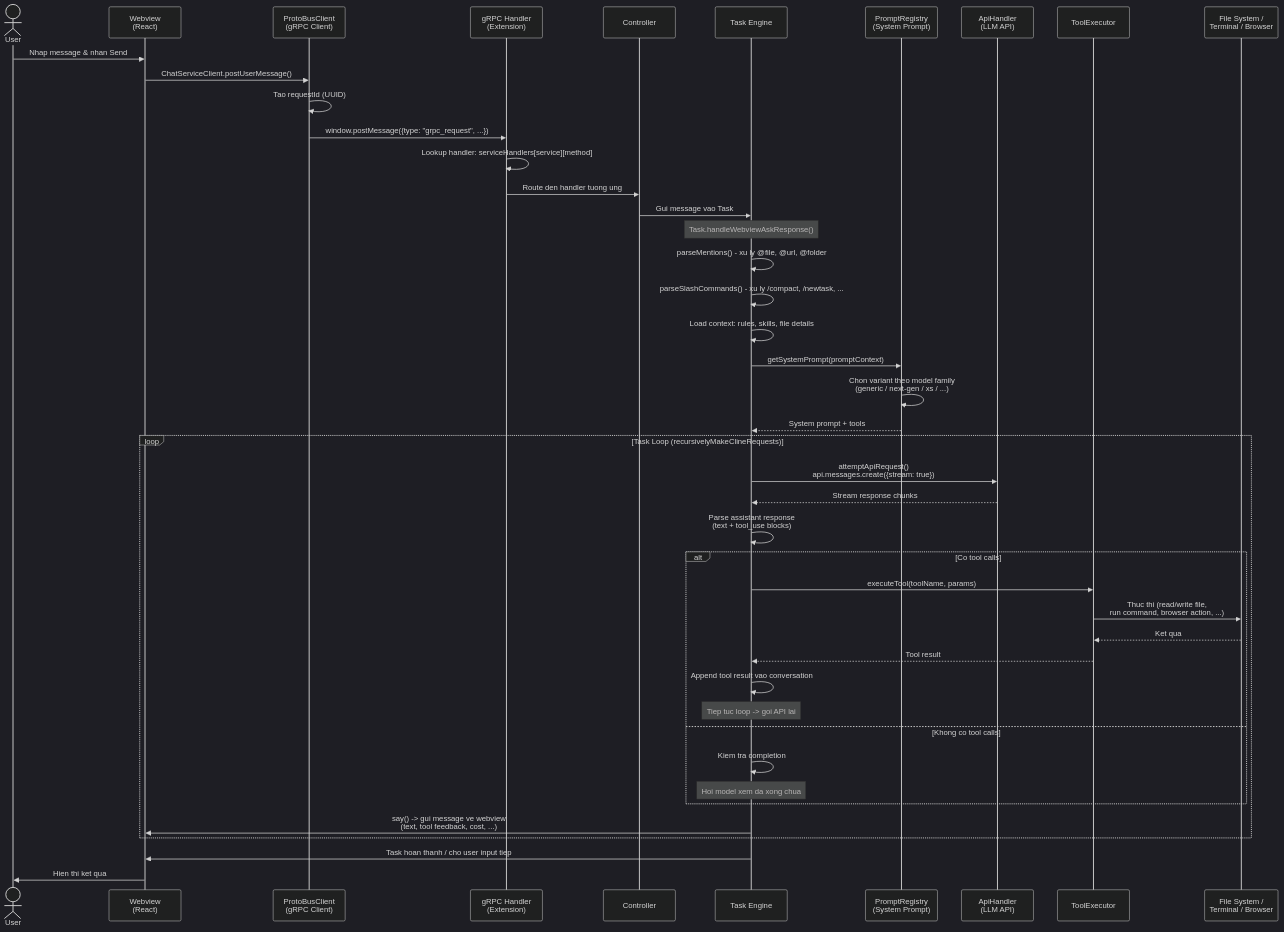
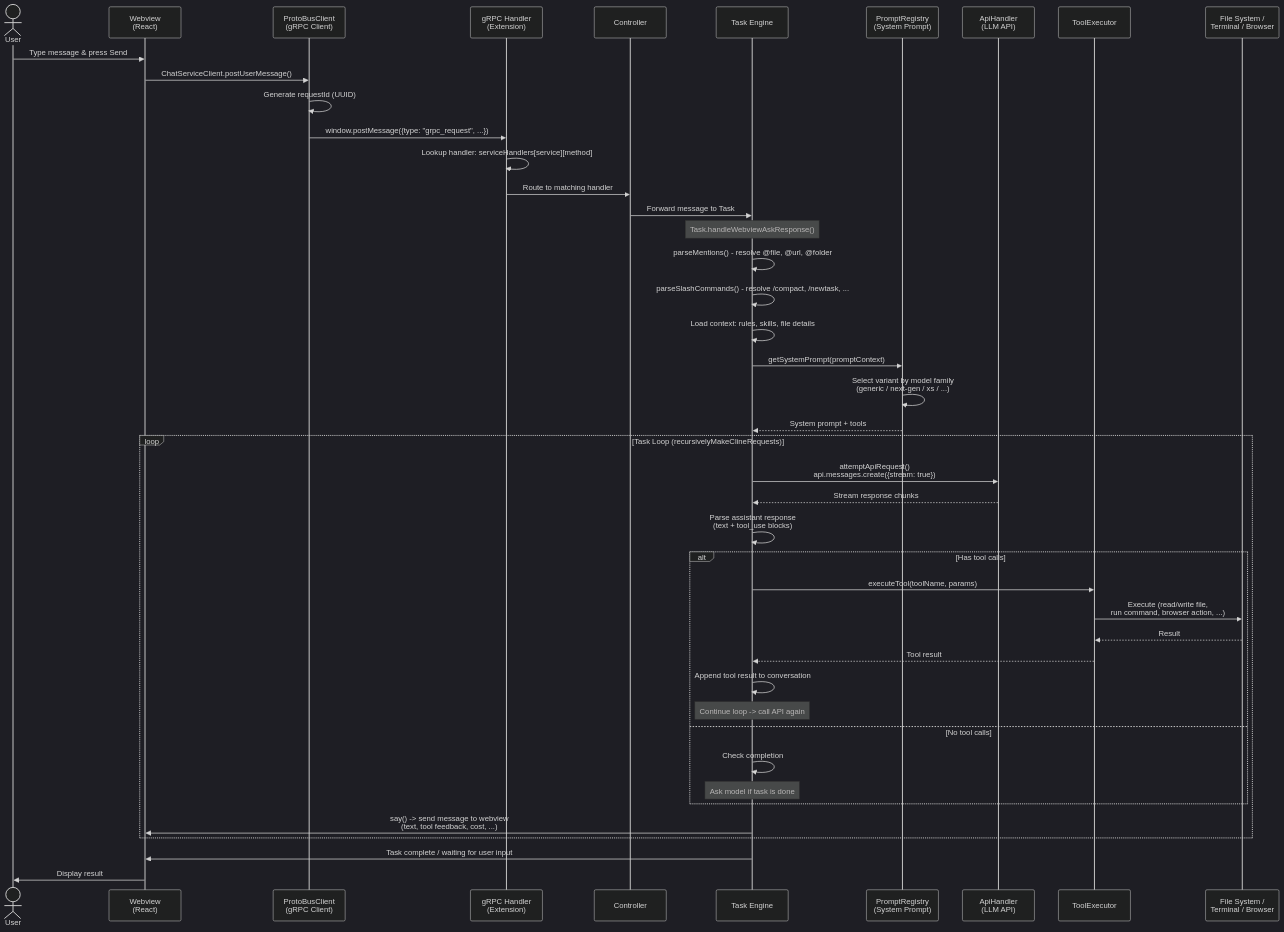
Before and after one commit to TungND2k2/Milo-ai: the second of 6 diagrams in README.md, drawn with Mermaid (dark theme). The commit also changed other lines of this file and 1 other file, not shown here.

````diff
--- a/README.md
+++ b/README.md
@@ -99,56 +99,56 @@
 ```mermaid
 sequenceDiagram
     actor User
     participant WV as Webview<br/>(React)
     participant PB as ProtoBusClient<br/>(gRPC Client)
     participant GH as gRPC Handler<br/>(Extension)
     participant CTRL as Controller
     participant TASK as Task Engine
     participant SP as PromptRegistry<br/>(System Prompt)
     participant API as ApiHandler<br/>(LLM API)
     participant TE as ToolExecutor
     participant FS as File System /<br/>Terminal / Browser
 
-    User->>WV: Nhap message & nhan Send
+    User->>WV: Type message & press Send
     WV->>PB: ChatServiceClient.postUserMessage()
-    PB->>PB: Tao requestId (UUID)
+    PB->>PB: Generate requestId (UUID)
     PB->>GH: window.postMessage({type: "grpc_request", ...})
 
     GH->>GH: Lookup handler: serviceHandlers[service][method]
-    GH->>CTRL: Route den handler tuong ung
-    CTRL->>TASK: Gui message vao Task
+    GH->>CTRL: Route to matching handler
+    CTRL->>TASK: Forward message to Task
 
     Note over TASK: Task.handleWebviewAskResponse()
 
-    TASK->>TASK: parseMentions() - xu ly @file, @url, @folder
-    TASK->>TASK: parseSlashCommands() - xu ly /compact, /newtask, ...
+    TASK->>TASK: parseMentions() - resolve @file, @url, @folder
+    TASK->>TASK: parseSlashCommands() - resolve /compact, /newtask, ...
     TASK->>TASK: Load context: rules, skills, file details
 
     TASK->>SP: getSystemPrompt(promptContext)
-    SP->>SP: Chon variant theo model family<br/>(generic / next-gen / xs / ...)
+    SP->>SP: Select variant by model family<br/>(generic / next-gen / xs / ...)
     SP-->>TASK: System prompt + tools
 
     loop Task Loop (recursivelyMakeClineRequests)
         TASK->>API: attemptApiRequest()<br/>api.messages.create({stream: true})
         API-->>TASK: Stream response chunks
 
         TASK->>TASK: Parse assistant response<br/>(text + tool_use blocks)
 
-        alt Co tool calls
+        alt Has tool calls
             TASK->>TE: executeTool(toolName, params)
-            TE->>FS: Thuc thi (read/write file,<br/>run command, browser action, ...)
-            FS-->>TE: Ket qua
+            TE->>FS: Execute (read/write file,<br/>run command, browser action, ...)
+            FS-->>TE: Result
             TE-->>TASK: Tool result
-            TASK->>TASK: Append tool result vao conversation
-            Note over TASK: Tiep tuc loop -> goi API lai
-        else Khong co tool calls
-            TASK->>TASK: Kiem tra completion
-            Note over TASK: Hoi model xem da xong chua
+            TASK->>TASK: Append tool result to conversation
+            Note over TASK: Continue loop -> call API again
+        else No tool calls
+            TASK->>TASK: Check completion
+            Note over TASK: Ask model if task is done
         end
 
-        TASK->>WV: say() -> gui message ve webview<br/>(text, tool feedback, cost, ...)
+        TASK->>WV: say() -> send message to webview<br/>(text, tool feedback, cost, ...)
     end
 
-    TASK->>WV: Task hoan thanh / cho user input tiep
-    WV->>User: Hien thi ket qua
+    TASK->>WV: Task complete / waiting for user input
+    WV->>User: Display result
 ```
````
